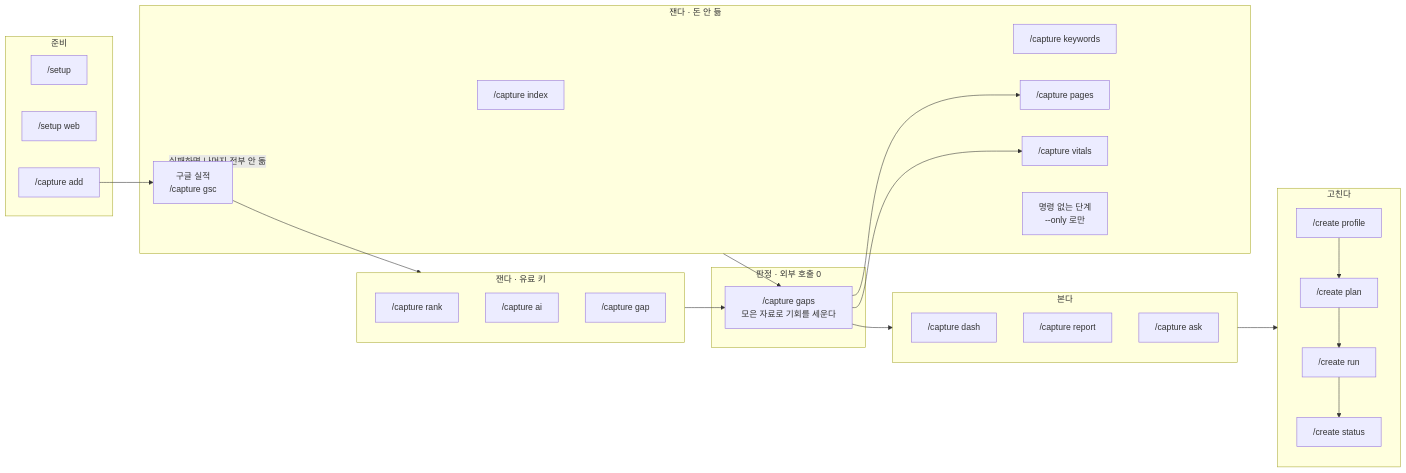
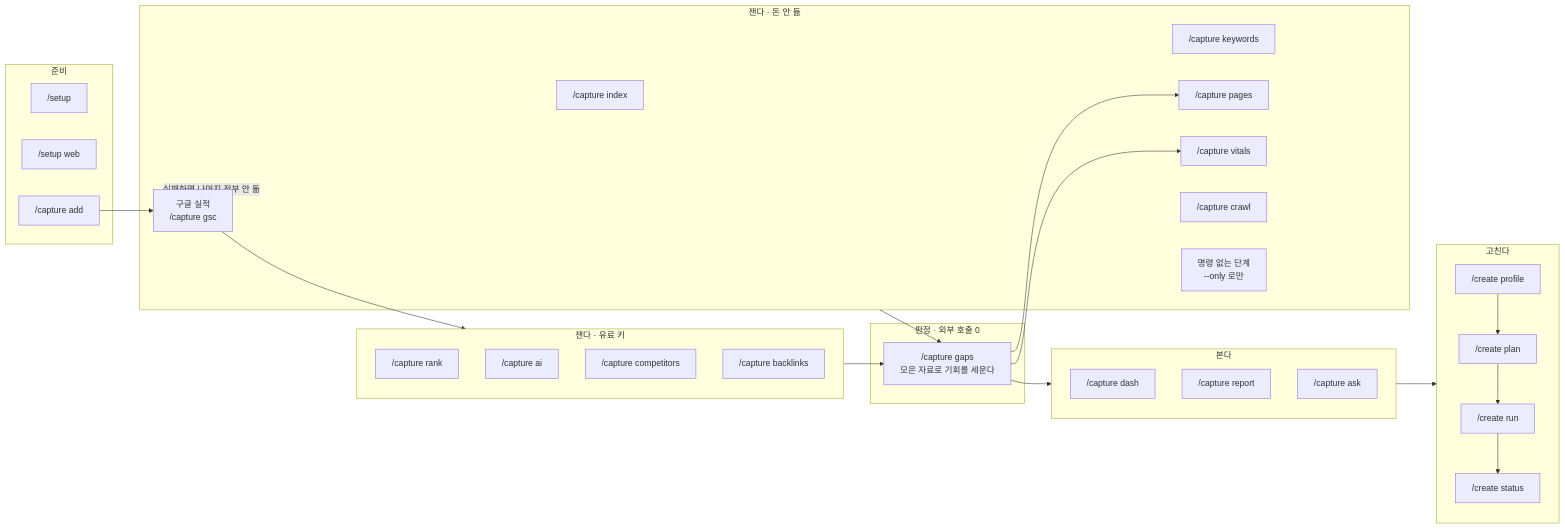
The second of 5 diagrams in README.md (seanjr2847/seo-miner), drawn with Mermaid before and after one commit. The commit also changed other lines of this file and 30 other files, not shown here.

````diff
--- a/README.md
+++ b/README.md
@@ -110,51 +110,53 @@
 ```mermaid
 flowchart LR
   subgraph G0 ["준비"]
     P1["/setup"]
     P2["/setup web"]
     P3["/capture add"]
   end
 
   subgraph G1 ["잰다 · 돈 안 듦"]
     F0["구글 실적<br/>/capture gsc"]
     F1["/capture index"]
     F2["/capture keywords"]
     F3["/capture pages"]
     F4["/capture vitals"]
-    F5["명령 없는 단계<br/>--only 로만"]
+    F5["/capture crawl"]
+    F6["명령 없는 단계<br/>--only 로만"]
   end
 
   subgraph G2 ["잰다 · 유료 키"]
     Y1["/capture rank"]
     Y2["/capture ai"]
-    Y3["/capture gap"]
+    Y3["/capture competitors"]
+    Y4["/capture backlinks"]
   end
 
   subgraph G3 ["판정 · 외부 호출 0"]
     J1["/capture gaps<br/>모은 자료로 기회를 세운다"]
   end
 
   subgraph G4 ["본다"]
     V1["/capture dash"]
     V2["/capture report"]
     V3["/capture ask"]
   end
 
   subgraph G5 ["고친다"]
     W1["/create profile"]
     W2["/create plan"]
     W3["/create run"]
     W4["/create status"]
     W1 --> W2 --> W3 --> W4
   end
 
   P3 --> F0
   F0 -->|실패하면 나머지 전부 안 돎| G1
   F0 --> G2
   G1 --> J1
   G2 --> J1
   J1 --> F3
   J1 --> F4
   J1 --> G4
   G4 --> G5
 ```
````
